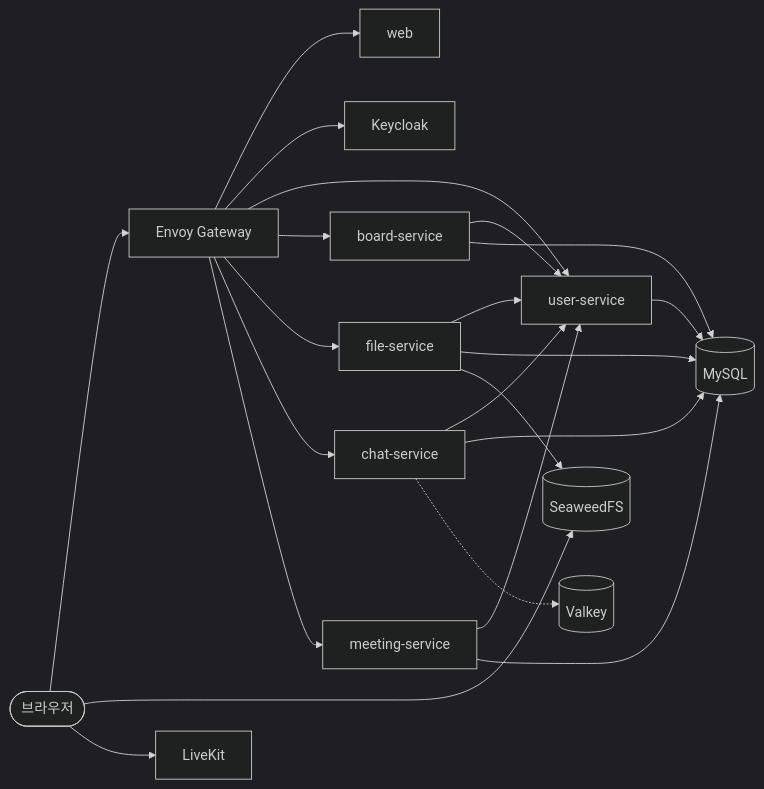
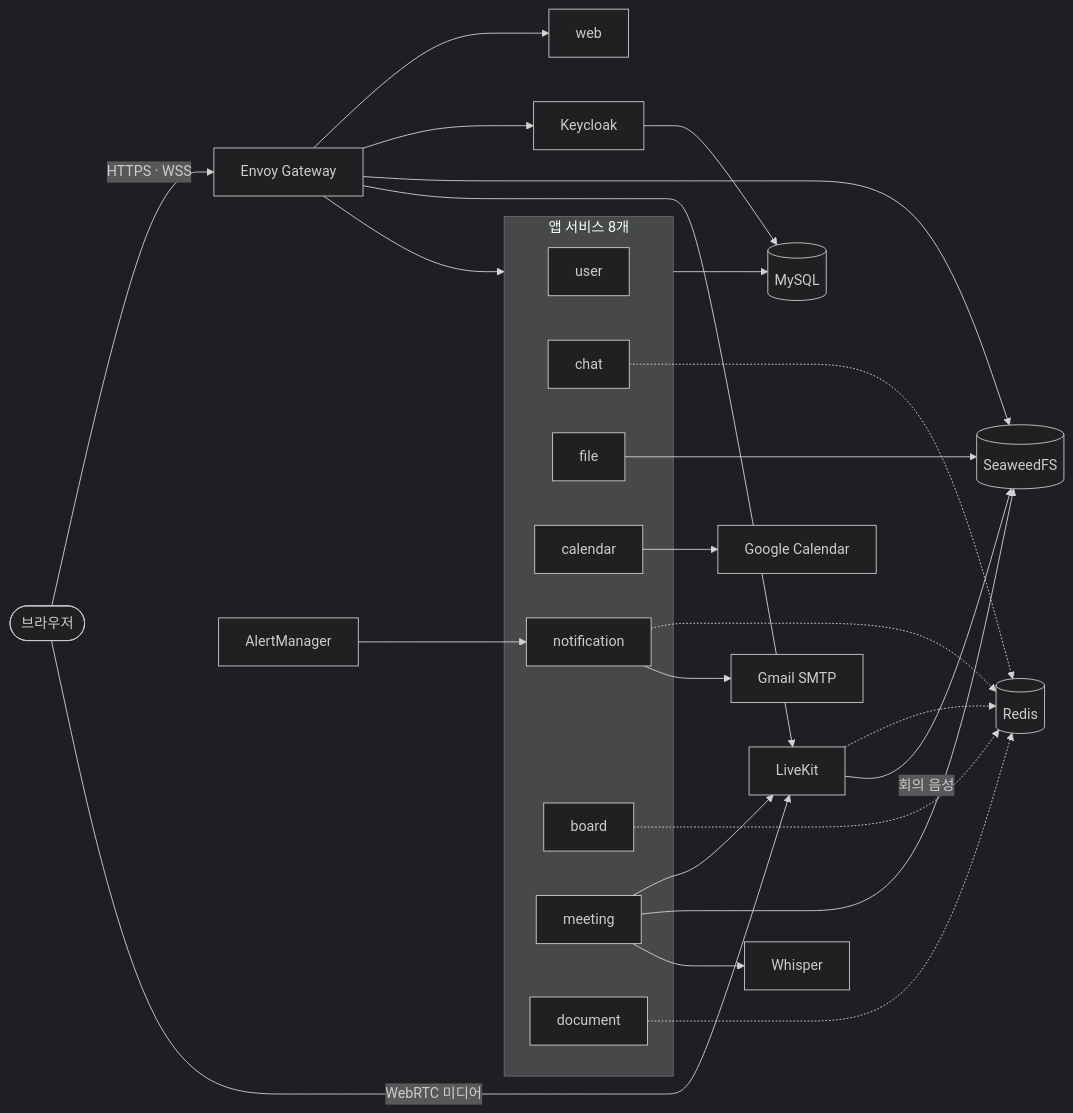
Before and after one commit to ktcloud-cloudnative-2026/team03-HelloCloud: the second of 5 diagrams in docs/architecture.md, drawn with Mermaid (dark theme). The commit also changed other lines of this file and 4 other files, not shown here.

````diff
--- a/docs/architecture.md
+++ b/docs/architecture.md
@@ -24,24 +25,35 @@
 ```mermaid
 flowchart LR
-  user([브라우저]) --> gw[Envoy Gateway]
-  user --> sw[(SeaweedFS)]
-  user --> lk[LiveKit]
+  subgraph apps[앱 서비스 8개]
+    us[user]
+    cs[chat]
+    fs[file]
+    cal[calendar]
+    ns[notification]
+    bs[board]
+    ms[meeting]
+    ds[document]
+  end
+  user([브라우저]) -->|HTTPS · WSS| gw[Envoy Gateway]
+  user -->|WebRTC 미디어| lk[LiveKit]
   gw --> web[web]
   gw --> kc[Keycloak]
-  gw --> us[user-service]
-  gw --> bs[board-service]
-  gw --> fs[file-service]
-  gw --> cs[chat-service]
-  gw --> ms[meeting-service]
-  bs --> us
-  fs --> us
-  cs --> us
-  ms --> us
-  us --> db[(MySQL)]
-  bs --> db
-  fs --> db
-  cs --> db
-  ms --> db
+  gw --> apps
+  gw --> sw[(SeaweedFS)]
+  gw --> lk
+  apps --> db[(MySQL)]
+  kc --> db
+  cs -.-> rd[(Redis)]
+  bs -.-> rd
+  ns -.-> rd
+  ds -.-> rd
+  lk -.-> rd
   fs --> sw
-  cs -.-> vk[(Valkey)]
+  ms --> lk
+  lk -->|회의 음성| sw
+  ms --> sw
+  ms --> wh[Whisper]
+  cal --> gcal[Google Calendar]
+  ns --> mail[Gmail SMTP]
+  am[AlertManager] --> ns
 ```
````
